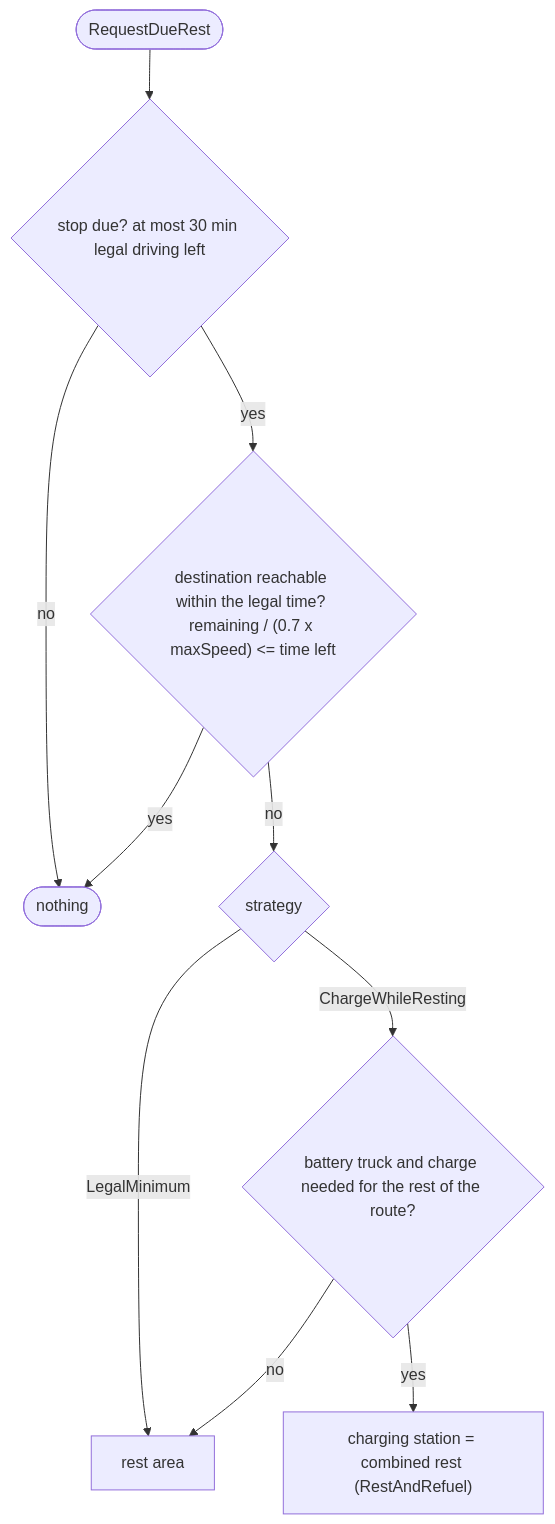
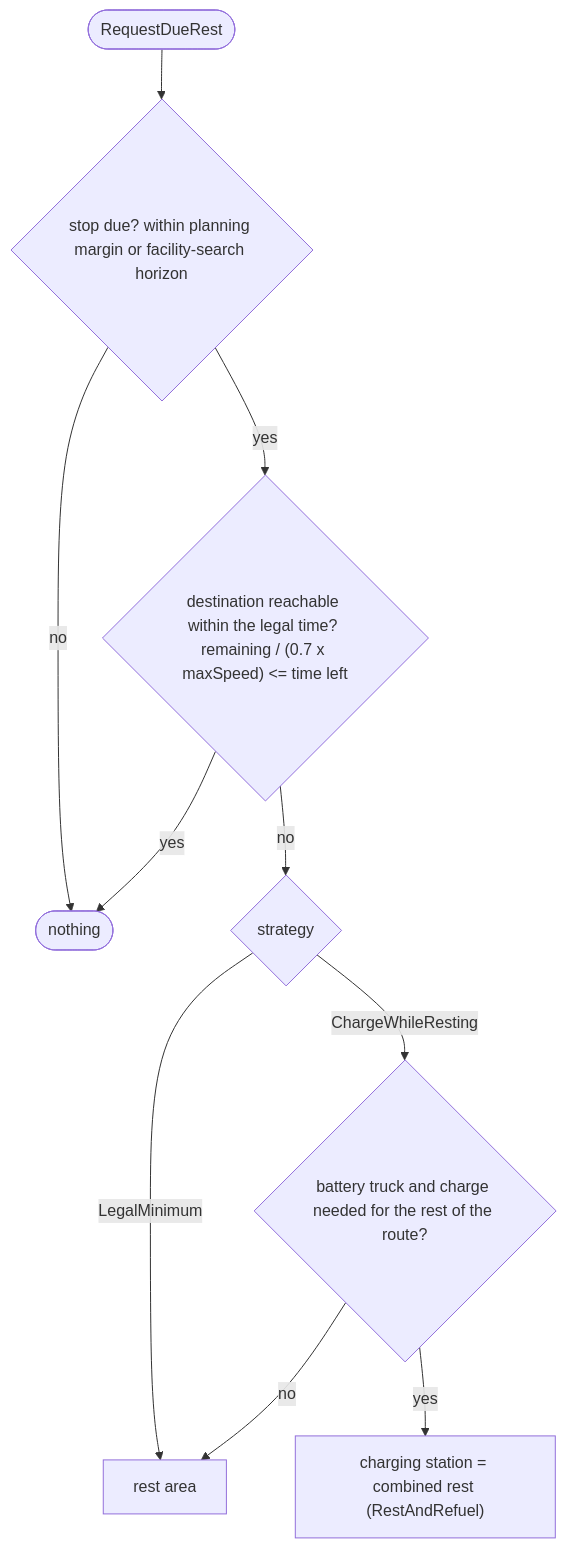
Before and after one commit to MARS-Group-HAW/model-soh: the second of 4 diagrams in SOHTruckFuelAlternativeBox/docs/driving-behaviour.md, drawn with Mermaid. The commit also changed other lines of this file and 12 other files, not shown here.

````diff
--- a/SOHTruckFuelAlternativeBox/docs/driving-behaviour.md
+++ b/SOHTruckFuelAlternativeBox/docs/driving-behaviour.md
@@ -72,12 +74,12 @@
 ```mermaid
 flowchart TD
-    S([RequestDueRest]) --> D{"stop due? at most 30 min legal driving left"}
+    S([RequestDueRest]) --> D{"stop due? within planning margin or facility-search horizon"}
     D -- no --> N([nothing])
     D -- yes --> R{"destination reachable within the legal time? remaining / (0.7 x maxSpeed) <= time left"}
     R -- yes --> N
     R -- no --> ST{strategy}
     ST -- LegalMinimum --> RA["rest area"]
     ST -- ChargeWhileResting --> BAT{"battery truck and charge needed for the rest of the route?"}
     BAT -- yes --> CS["charging station = combined rest (RestAndRefuel)"]
     BAT -- no --> RA
 ```
````
